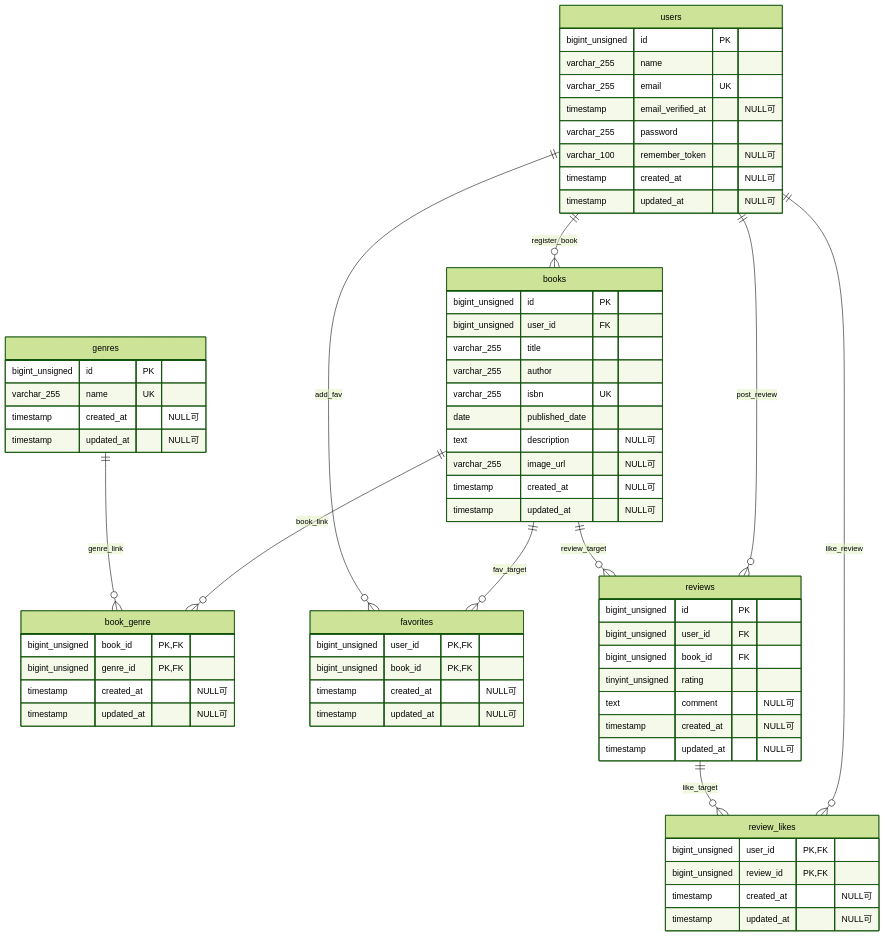
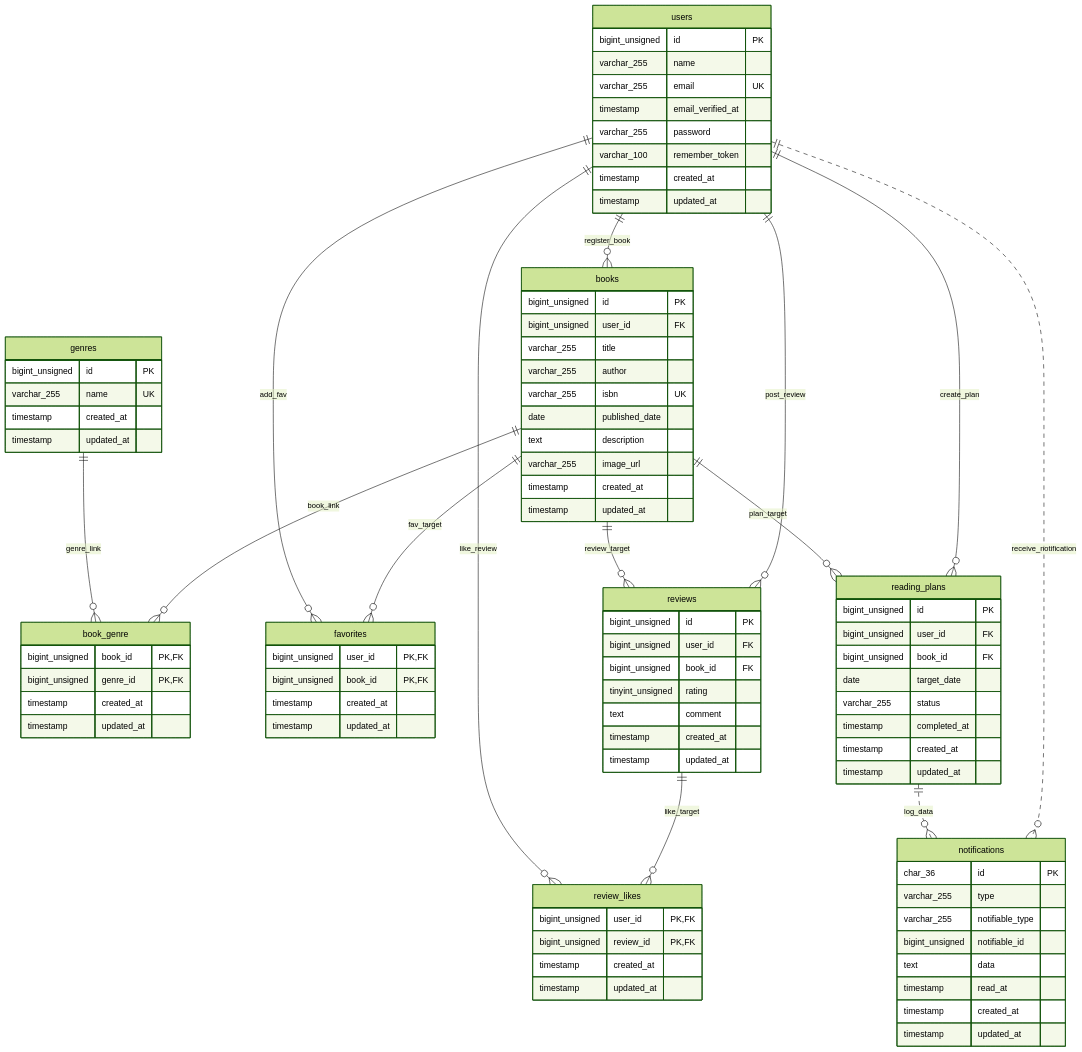
The diagram in README.md (alienworldadventurer-debug/bookshelf-app), drawn with Mermaid (forest theme) before and after one commit. The commit also changed other lines of this file, not shown here.

````diff
--- a/README.md
+++ b/README.md
@@ -59,18 +37,18 @@
 ```mermaid
 erDiagram
     %% ==========================================
-    %% 1. テーブル定義
+    %% 1. 全カラム・全テーブル定義（省略なし）
     %% ==========================================
 
     users {
         bigint_unsigned id PK
         varchar_255 name
         varchar_255 email UK
-        timestamp email_verified_at "NULL可"
+        timestamp email_verified_at
         varchar_255 password
-        varchar_100 remember_token "NULL可"
-        timestamp created_at "NULL可"
-        timestamp updated_at "NULL可"
+        varchar_100 remember_token
+        timestamp created_at
+        timestamp updated_at
     }
 
     books {
@@ -80,31 +58,31 @@
         varchar_255 author
         varchar_255 isbn UK
         date published_date
-        text description "NULL可"
-        varchar_255 image_url "NULL可"
-        timestamp created_at "NULL可"
-        timestamp updated_at "NULL可"
+        text description
+        varchar_255 image_url
+        timestamp created_at
+        timestamp updated_at
     }
 
     genres {
         bigint_unsigned id PK
         varchar_255 name UK
-        timestamp created_at "NULL可"
-        timestamp updated_at "NULL可"
+        timestamp created_at
+        timestamp updated_at
     }
 
     book_genre {
         bigint_unsigned book_id PK, FK
         bigint_unsigned genre_id PK, FK
-        timestamp created_at "NULL可"
-        timestamp updated_at "NULL可"
+        timestamp created_at
+        timestamp updated_at
     }
 
     favorites {
         bigint_unsigned user_id PK, FK
         bigint_unsigned book_id PK, FK
-        timestamp created_at "NULL可"
-        timestamp updated_at "NULL可"
+        timestamp created_at
+        timestamp updated_at
     }
 
     reviews {
@@ -112,36 +90,62 @@
         bigint_unsigned user_id FK
         bigint_unsigned book_id FK
         tinyint_unsigned rating
-        text comment "NULL可"
-        timestamp created_at "NULL可"
-        timestamp updated_at "NULL可"
+        text comment
+        timestamp created_at
+        timestamp updated_at
     }
 
     review_likes {
         bigint_unsigned user_id PK, FK
         bigint_unsigned review_id PK, FK
-        timestamp created_at "NULL可"
-        timestamp updated_at "NULL可"
+        timestamp created_at
+        timestamp updated_at
+    }
+
+    reading_plans {
+        bigint_unsigned id PK
+        bigint_unsigned user_id FK
+        bigint_unsigned book_id FK
+        date target_date
+        varchar_255 status
+        timestamp completed_at
+        timestamp created_at
+        timestamp updated_at
+    }
+
+    notifications {
+        char_36 id PK
+        varchar_255 type
+        varchar_255 notifiable_type
+        bigint_unsigned notifiable_id
+        text data
+        timestamp read_at
+        timestamp created_at
+        timestamp updated_at
     }
 
     %% ==========================================
-    %% 2. リレーション定義
+    %% 2. 交差を最小限に抑えるリレーション配置定義
     %% ==========================================
 
-    %% 💡 1. 中央コア軸（users ➔ books）
+    %% 💡 1. 中央コア軸（users ➔ books ➔ reading_plans）
     users ||--o{ books : "register_book"
+    users ||--o{ reading_plans : "create_plan"
+    books ||--o{ reading_plans : "plan_target"
 
-    %% 💡 2. 左側：レビュー・いいねドメイン（中央から左下に流す）
+    %% 💡 2. 左側：レビュー・いいねドメイン（左側に綺麗に流れます）
     users ||--o{ reviews : "post_review"
     books ||--o{ reviews : "review_target"
+    reviews ||--o{ review_likes : "like_target"
     users ||--o{ review_likes : "like_review"
-    reviews ||--o{ review_likes : "like_target"
 
-    %% 💡 3. 右側：お気に入りドメイン（中央から右下に流して、左側と完全分離）
+    %% 💡 3. 右側：お気に入り・ジャンルドメイン（右側に綺麗に流れます）
     books ||--o{ favorites : "fav_target"
     users ||--o{ favorites : "add_fav"
-
-    %% 💡 4. 極右側：ジャンルドメイン（右端に逃がして配置）
     books ||--o{ book_genre : "book_link"
     genres ||--o{ book_genre : "genre_link"
+
+    %% 💡 4. 下部：通知ドメイン（中央の一番下に逃がして配置）
+    users ||..o{ notifications : "receive_notification"
+    reading_plans ||..o{ notifications : "log_data"
 ```
````
